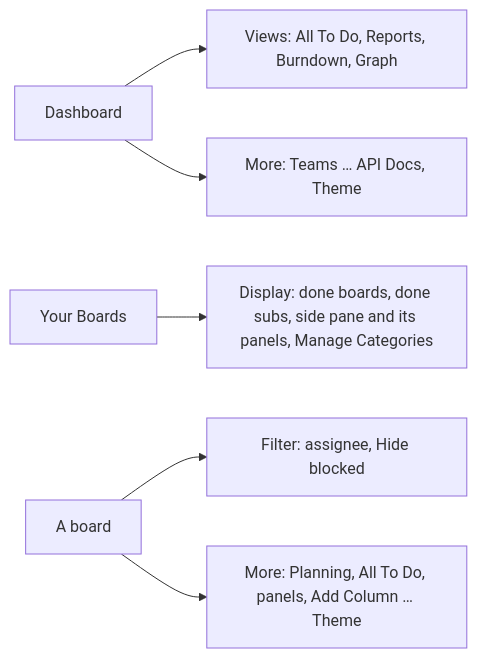
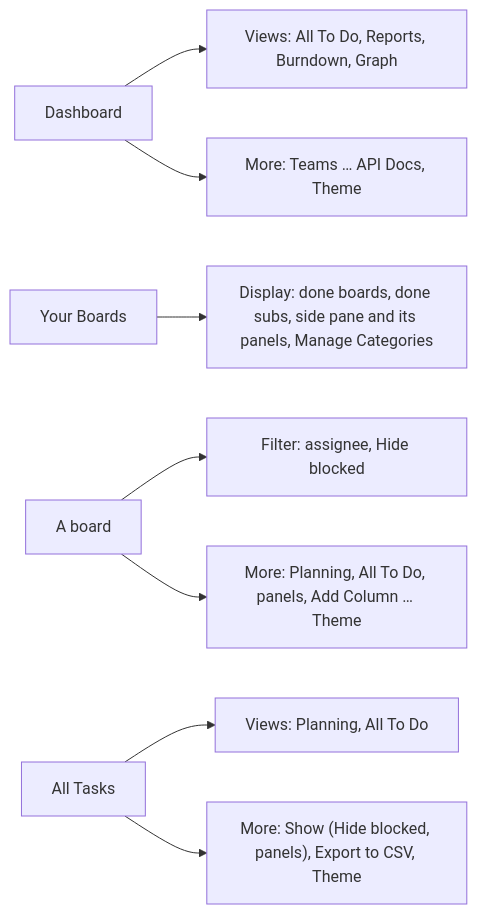
The second of 10 diagrams in docs/feature-overview.md (gitBoon/DumpFire), drawn with Mermaid before and after one commit. The commit also changed other lines of this file and 13 other files, not shown here.

````diff
--- a/docs/feature-overview.md
+++ b/docs/feature-overview.md
@@ -62,8 +64,10 @@
 ```mermaid
 flowchart LR
     Dash["Dashboard"] --> DV["Views: All To Do, Reports, Burndown, Graph"]
     Dash --> DM["More: Teams … API Docs, Theme"]
     Boards["Your Boards"] --> DD["Display: done boards, done subs, side pane and its panels, Manage Categories"]
     Board["A board"] --> BF["Filter: assignee, Hide blocked"]
     Board --> BM["More: Planning, All To Do, panels, Add Column … Theme"]
+    All["All Tasks"] --> AV["Views: Planning, All To Do"]
+    All --> AM["More: Show (Hide blocked, panels), Export to CSV, Theme"]
 ```
````
